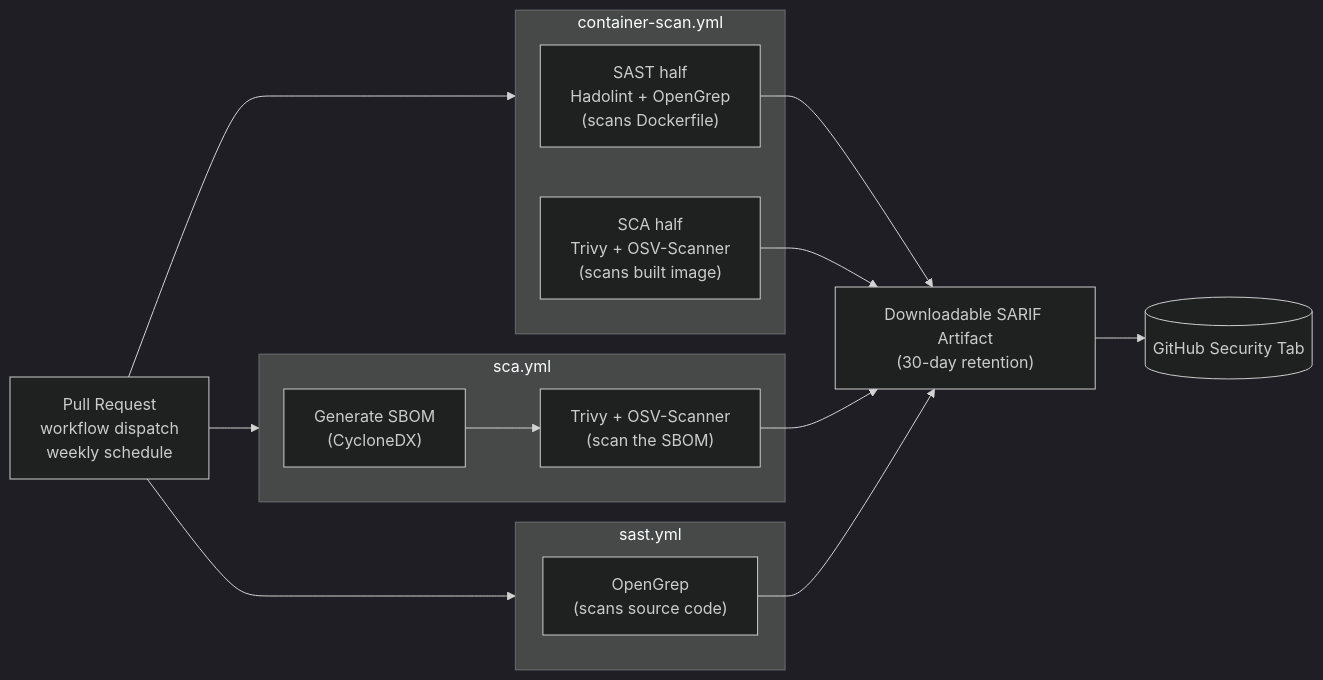
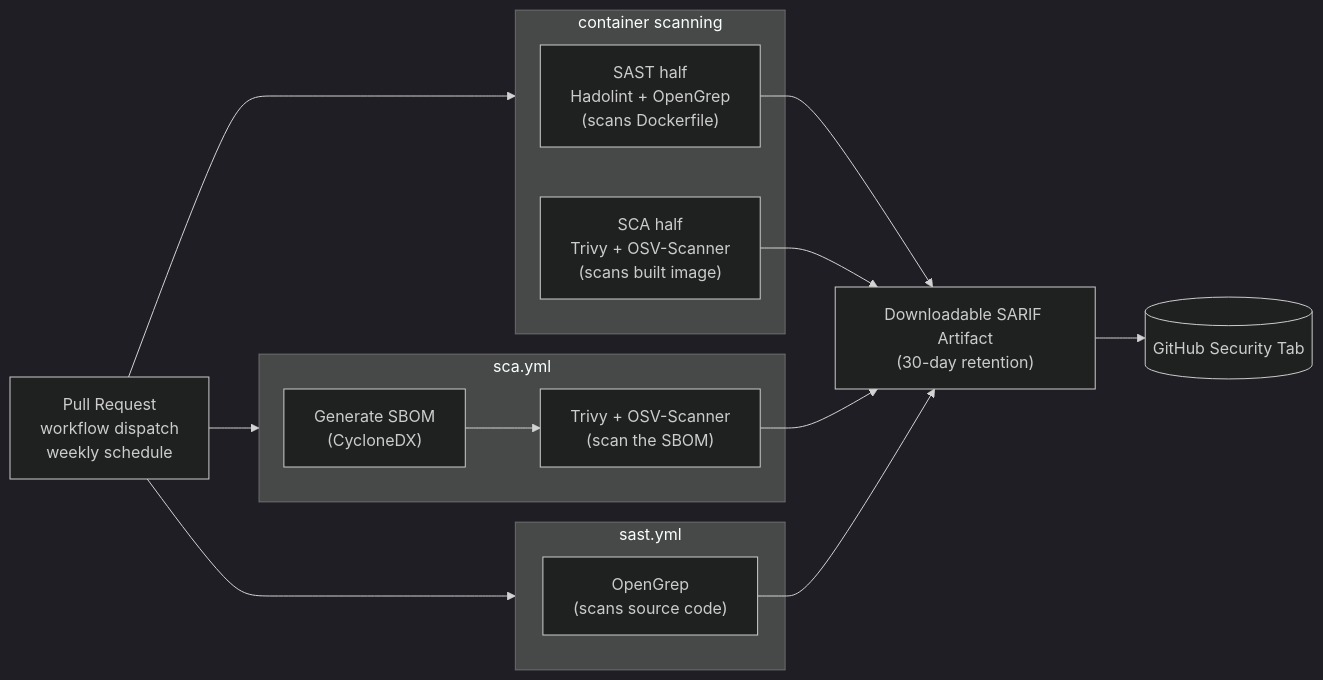
The diagram in README.md (moghit-eou/EBRAIN-DevSecOps-handbook), drawn with Mermaid (dark theme) before and after one commit.

Commit message:
Update container scanning subgraph label in README

````diff
--- a/README.md
+++ b/README.md
@@ -105,33 +105,33 @@
 ```mermaid
 flowchart LR
     PR["Pull Request \nworkflow dispatch \nweekly schedule"]
 
-    subgraph CS["container-scan.yml"]
+    subgraph CS["container scanning"]
         CS_SAST["SAST half\nHadolint + OpenGrep\n(scans Dockerfile)"]
         CS_SCA["SCA half\nTrivy + OSV-Scanner\n(scans built image)"]
     end
 
     subgraph SCA["sca.yml"]
         SCA_SBOM["Generate SBOM\n(CycloneDX)"]
         SCA_SCAN["Trivy + OSV-Scanner\n(scan the SBOM)"]
         SCA_SBOM --> SCA_SCAN
     end
 
     subgraph SAST["sast.yml"]
         SAST_SCAN["OpenGrep\n(scans source code)"]
     end
     
     SARIF["Downloadable SARIF Artifact\n(30-day retention)"]
     SEC[("GitHub Security Tab")]
 
     PR --> CS
     PR --> SCA
     PR --> SAST
 
     CS_SAST --> SARIF
     CS_SCA --> SARIF
     SCA_SCAN --> SARIF
     SAST_SCAN --> SARIF
     
     SARIF --> SEC
 ```
````
